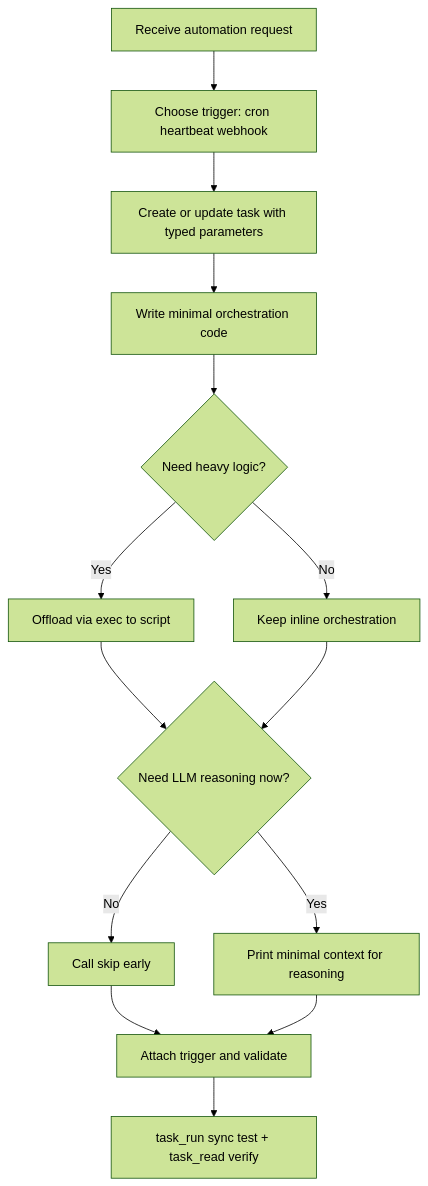
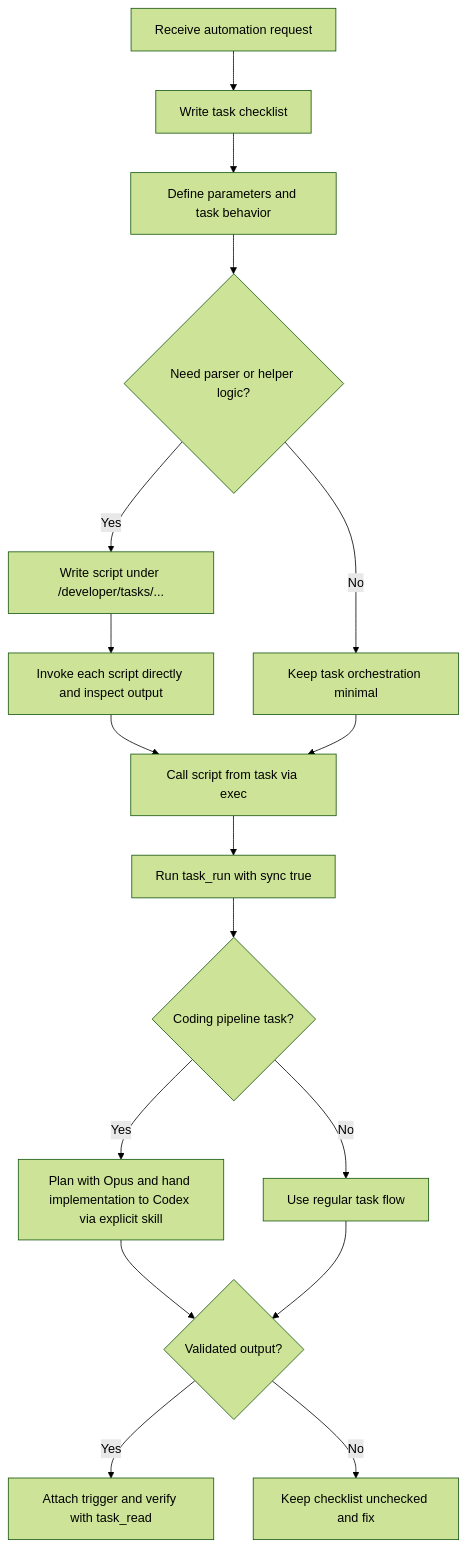
Before and after one commit to ex3ndr/daycare: the diagram in doc/task-creation-skill.md, drawn with Mermaid (forest theme). The commit also changed other lines of this file and 2 other files, not shown here.

Commit message:
docs: refine task creation skill

````diff
--- a/doc/task-creation-skill.md
+++ b/doc/task-creation-skill.md
@@ -17,16 +20,19 @@
 ```mermaid
 flowchart TD
-    A[Receive automation request] --> B[Choose trigger: cron heartbeat webhook]
-    B --> C[Create or update task with typed parameters]
-    C --> D[Write minimal orchestration code]
-    D --> E{Need heavy logic?}
-    E -- Yes --> F[Offload via exec to script]
-    E -- No --> G[Keep inline orchestration]
-    F --> H{Need LLM reasoning now?}
-    G --> H
-    H -- No --> I[Call skip early]
-    H -- Yes --> J[Print minimal context for reasoning]
-    I --> K[Attach trigger and validate]
-    J --> K
-    K --> L[task_run sync test + task_read verify]
+    A[Receive automation request] --> B[Write task checklist]
+    B --> C[Define parameters and task behavior]
+    C --> D{Need parser or helper logic?}
+    D -- Yes --> E[Write script under /developer/tasks/...]
+    D -- No --> F[Keep task orchestration minimal]
+    E --> G[Invoke each script directly and inspect output]
+    G --> H[Call script from task via exec]
+    F --> H
+    H --> I[Run task_run with sync true]
+    I --> J{Coding pipeline task?}
+    J -- Yes --> K[Plan with Opus and hand implementation to Codex via explicit skill]
+    J -- No --> L[Use regular task flow]
+    K --> M{Validated output?}
+    L --> M
+    M -- Yes --> N[Attach trigger and verify with task_read]
+    M -- No --> O[Keep checklist unchecked and fix]
 ```
````
